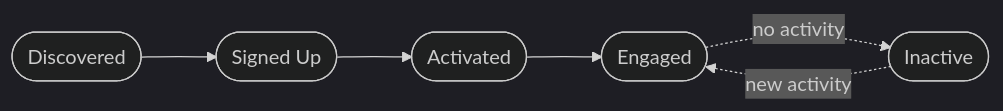
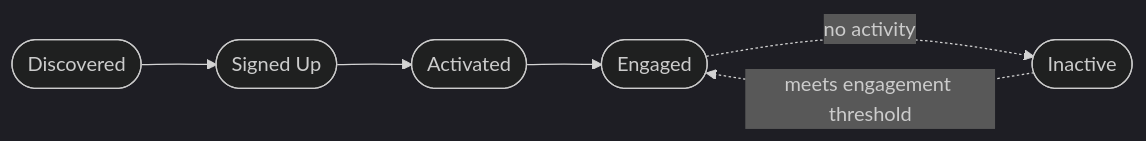
The first of 2 diagrams in docs/concepts/customer-journey.mdx (OutlitAI/outlit-sdk), drawn with Mermaid before and after one commit. The commit also changed other lines of this file and 34 other files, not shown here.

````diff
--- a/docs/concepts/customer-journey.mdx
+++ b/docs/concepts/customer-journey.mdx
@@ -14,9 +14,9 @@
 ```mermaid
 %%{init: {'theme': 'dark', 'flowchart': {'nodeSpacing': 50, 'rankSpacing': 60, 'curve': 'basis', 'padding': 15}}}%%
 flowchart LR
     A([Discovered]) --> B([Signed Up])
     B --> C([Activated])
     C --> D([Engaged])
     D -.->|no activity| E([Inactive])
-    E -.->|new activity| D
+    E -.->|meets engagement threshold| D
 ```
````
